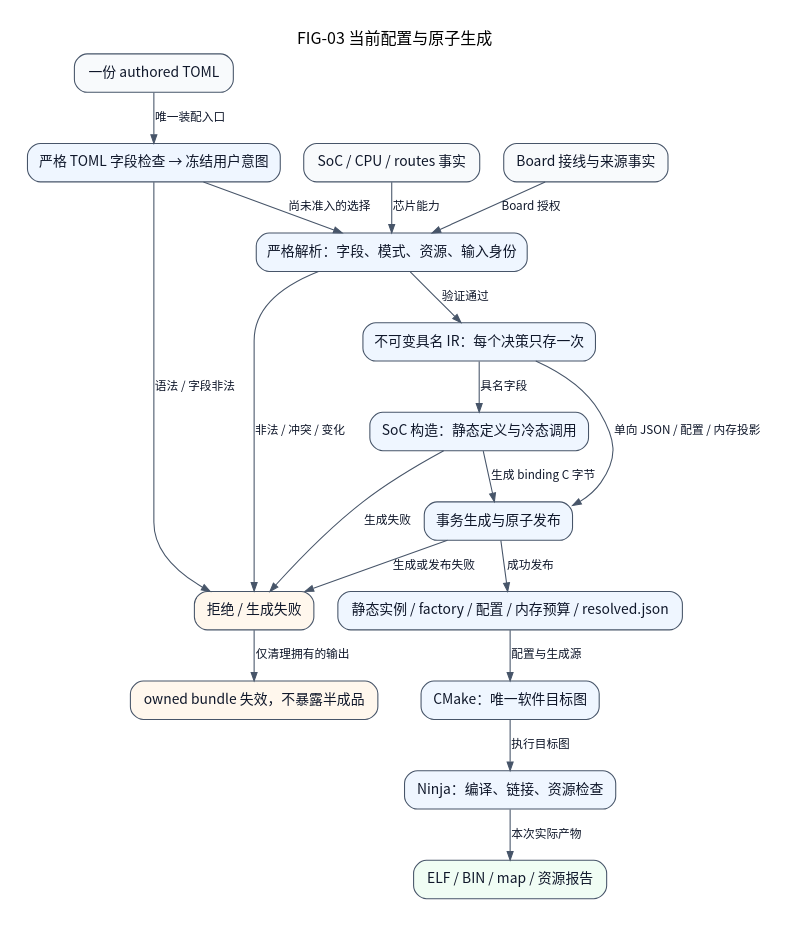
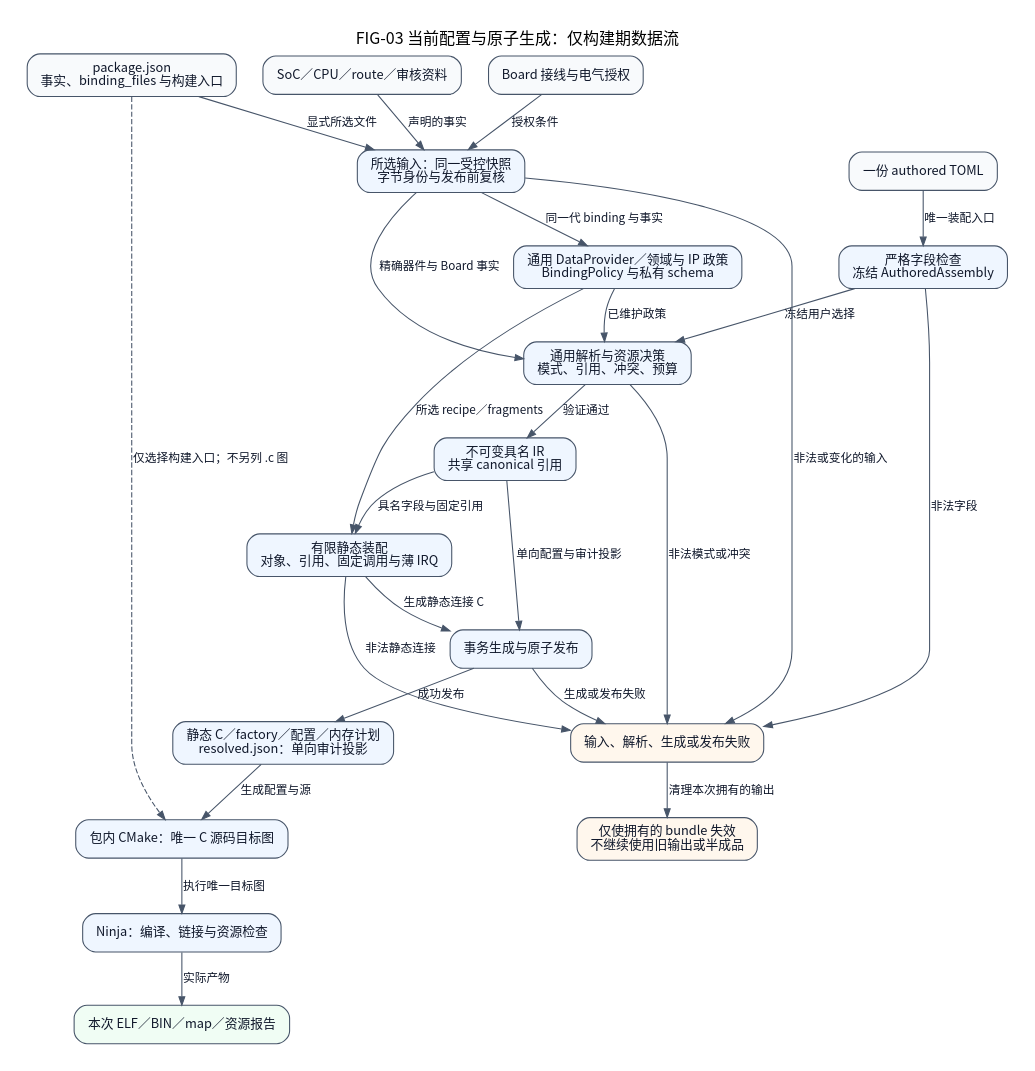
Before and after one commit to X-Gen-Lab/nexus: the diagram in docs/assets/diagrams/localized/zh_CN/configuration-generation.dot, drawn with Graphviz. The commit also changed 614 other files, not shown here.

Commit message:
refactor(platform): assemble MCU packages from declarative facts

```diff
--- a/docs/assets/diagrams/localized/zh_CN/configuration-generation.dot
+++ b/docs/assets/diagrams/localized/zh_CN/configuration-generation.dot
@@ -1,42 +1,48 @@
-// FIG-03 current: build-time inputs and artifacts.
-// Code basis: tools/configure/authored.py, configure.py, ir.py and bindings.py.
-// Edges denote configuration/production flow, not runtime I/O.
-digraph configurationGeneration {
-    graph [label="FIG-03 当前配置与原子生成", fontname="Noto Sans CJK SC", fontsize=15, labelloc=t, rankdir=TB, bgcolor="white", pad=0.25, nodesep=0.30, ranksep=0.50];
-    node [shape=box, style="rounded,filled", fillcolor="#eff6ff",
-          color="#475569", fontcolor="#0f172a", fontname="Noto Sans CJK SC",
-          fontsize=13, margin="0.16,0.10"];
-    edge [color="#475569", fontcolor="#0f172a",
-          fontname="Noto Sans CJK SC", fontsize=11, arrowsize=0.8];
+// Current scoped view. Build-time arrows and runtime calls are labeled explicitly.
+// Code basis: tools/configure/packages.py; data_provider.py; domain_policies.py; package_policy.py; ir.py; static_recipe.py; bundle.py; cmake/platform/Configure.cmake
+digraph ConfigurationGeneration {
+    graph [label="FIG-03 当前配置与原子生成：仅构建期数据流", rankdir=TB, bgcolor="white", pad=0.25, nodesep=0.35, ranksep=0.52, fontname="Noto Sans CJK SC", fontsize=15, labelloc=t];
+    node [shape=box, style="rounded,filled", fillcolor="#eff6ff", color="#475569", fontcolor="#0f172a", fontname="Noto Sans CJK SC", fontsize=12, margin="0.16,0.10"];
+    edge [color="#475569", fontcolor="#0f172a", fontname="Noto Sans CJK SC", fontsize=11, arrowsize=0.8];
     assembly [label="一份 authored TOML", fillcolor="#f8fafc"];
-    socFacts [label="SoC / CPU / routes 事实", fillcolor="#f8fafc"];
-    boardFacts [label="Board 接线与来源事实", fillcolor="#f8fafc"];
-    authored [label="严格 TOML 字段检查 → 冻结用户意图"];
-    resolver [label="严格解析：字段、模式、资源、输入身份"];
-    typedIr [label="不可变具名 IR：每个决策只存一次"];
-    construction [label="SoC 构造：静态定义与冷态调用"];
+    package [label="package.json\n事实、binding_files 与构建入口", fillcolor="#f8fafc"];
+    socFacts [label="SoC／CPU／route／审核资料", fillcolor="#f8fafc"];
+    boardFacts [label="Board 接线与电气授权", fillcolor="#f8fafc"];
+    authored [label="严格字段检查\n冻结 AuthoredAssembly"];
+    reader [label="所选输入：同一受控快照\n字节身份与发布前复核"];
+    policies [label="通用 DataProvider／领域与 IP 政策\nBindingPolicy 与私有 schema"];
+    resolver [label="通用解析与资源决策\n模式、引用、冲突、预算"];
+    typedIr [label="不可变具名 IR\n共享 canonical 引用"];
+    construction [label="有限静态装配\n对象、引用、固定调用与薄 IRQ"];
     bundle [label="事务生成与原子发布"];
-    outputs [label="静态实例 / factory / 配置 / 内存预算 / resolved.json"];
-    targets [label="CMake：唯一软件目标图"];
-    ninja [label="Ninja：编译、链接、资源检查"];
-    firmware [label="ELF / BIN / map / 资源报告", fillcolor="#f0fdf4"];
-    rejected [label="拒绝 / 生成失败", fillcolor="#fff7ed"];
-    invalidated [label="owned bundle 失效，不暴露半成品", fillcolor="#fff7ed"];
+    outputs [label="静态 C／factory／配置／内存计划\nresolved.json：单向审计投影"];
+    targets [label="包内 CMake：唯一 C 源码目标图"];
+    ninja [label="Ninja：编译、链接与资源检查"];
+    firmware [label="本次 ELF／BIN／map／资源报告", fillcolor="#f0fdf4"];
+    rejected [label="输入、解析、生成或发布失败", fillcolor="#fff7ed"];
+    invalidated [label="仅使拥有的 bundle 失效\n不继续使用旧输出或半成品", fillcolor="#fff7ed"];
     assembly -> authored [label="唯一装配入口"];
-    authored -> resolver [label="尚未准入的选择"];
-    socFacts -> resolver [label="芯片能力"];
-    boardFacts -> resolver [label="Board 授权"];
+    package -> reader [label="显式所选文件"];
+    socFacts -> reader [label="声明的事实"];
+    boardFacts -> reader [label="授权条件"];
+    reader -> policies [label="同一代 binding 与事实"];
+    reader -> resolver [label="精确器件与 Board 事实"];
+    authored -> resolver [label="冻结用户选择"];
+    policies -> resolver [label="已维护政策"];
     resolver -> typedIr [label="验证通过"];
-    typedIr -> construction [label="具名字段"];
-    construction -> bundle [label="生成 binding C 字节"];
-    typedIr -> bundle [label="单向 JSON / 配置 / 内存投影"];
+    typedIr -> construction [label="具名字段与固定引用"];
+    policies -> construction [label="所选 recipe／fragments"];
+    construction -> bundle [label="生成静态连接 C"];
+    typedIr -> bundle [label="单向配置与审计投影"];
     bundle -> outputs [label="成功发布"];
-    outputs -> targets [label="配置与生成源"];
-    targets -> ninja [label="执行目标图"];
-    ninja -> firmware [label="本次实际产物"];
-    authored -> rejected [label="语法 / 字段非法"];
-    construction -> rejected [label="生成失败"];
-    resolver -> rejected [label="非法 / 冲突 / 变化"];
+    outputs -> targets [label="生成配置与源"];
+    package -> targets [label="仅选择构建入口；不另列 .c 图", style=dashed];
+    targets -> ninja [label="执行唯一目标图"];
+    ninja -> firmware [label="实际产物"];
+    authored -> rejected [label="非法字段"];
+    reader -> rejected [label="非法或变化的输入"];
+    resolver -> rejected [label="非法模式或冲突"];
+    construction -> rejected [label="非法静态连接"];
     bundle -> rejected [label="生成或发布失败"];
-    rejected -> invalidated [label="仅清理拥有的输出"];
+    rejected -> invalidated [label="清理本次拥有的输出"];
 }
```
